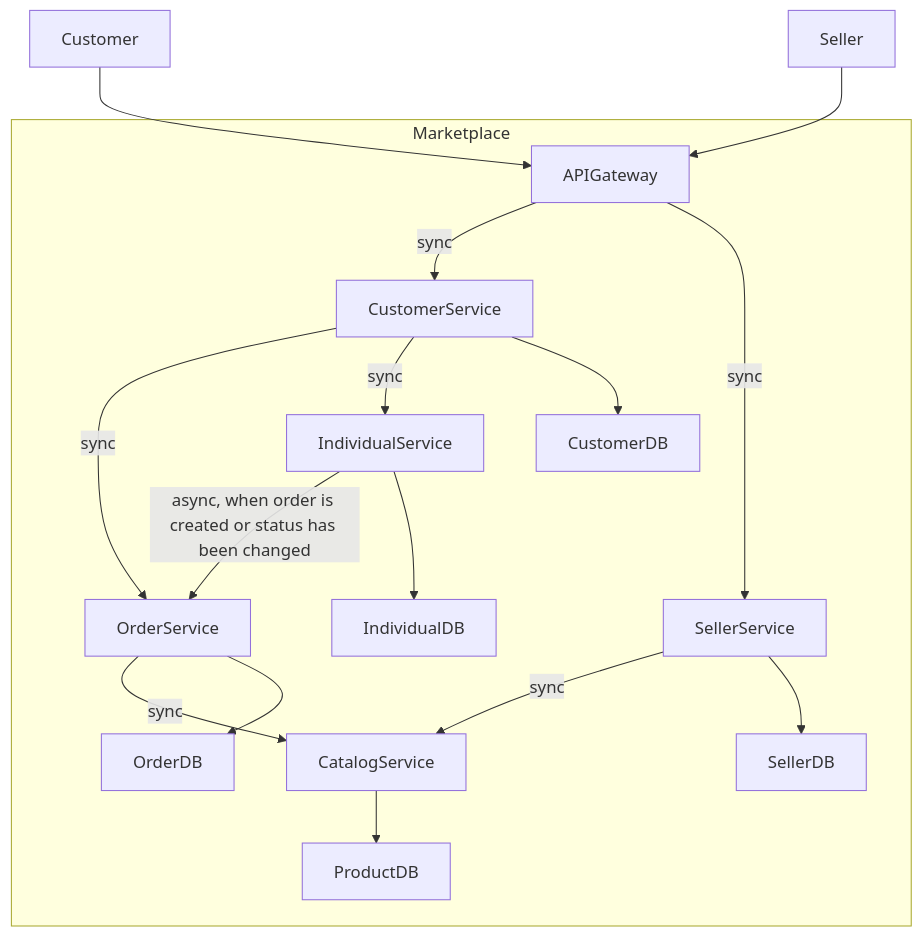
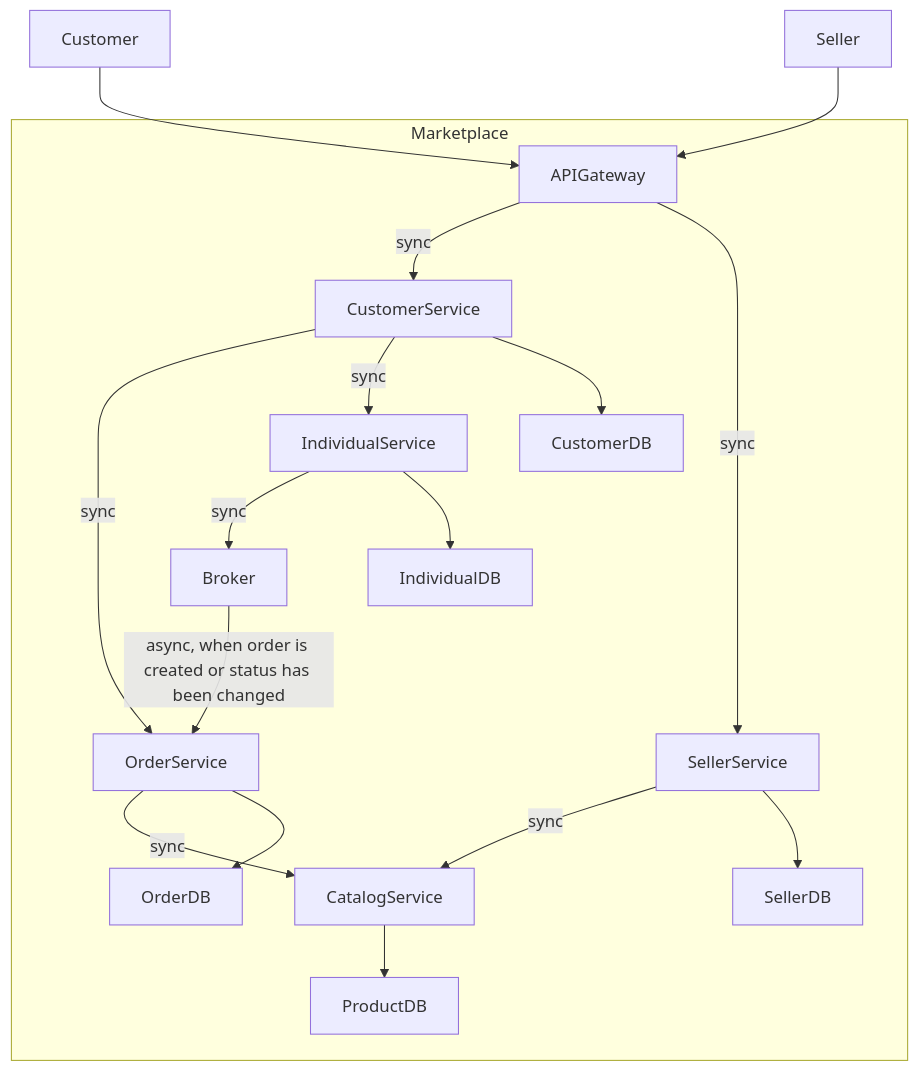
Before and after one commit to AlexeyDimitriev/MarketplaceArchitecture: the diagram in diagrams/architecture_alternative.md, drawn with Mermaid. The commit also changed 1 other file, not shown here.

Commit message:
feat: changed alternative architecture

````diff
--- a/diagrams/architecture_alternative.md
+++ b/diagrams/architecture_alternative.md
@@ -1,41 +1,44 @@
 ```mermaid
 graph TD
     %% Actors
     Customer
     Seller
 
     %% Services
     subgraph Marketplace ["Marketplace"]
         APIGateway
         OrderService
         OrderDB
         CustomerService
         CustomerDB
         SellerService
         SellerDB
 
         CatalogService
         ProductDB
         IndividualService
         IndividualDB
+
+        Broker
     end
 
     %% Relations
     Customer --> APIGateway
     Seller --> APIGateway
 
     APIGateway --> |sync| CustomerService
     APIGateway --> |sync| SellerService
     SellerService --> |sync| CatalogService
     CustomerService --> |sync| OrderService
     OrderService --> |sync| CatalogService
     CustomerService --> |sync| IndividualService
 
-    IndividualService --> |async, when order is created or status has been changed| OrderService
+    IndividualService --> |sync| Broker
+    Broker --> |async, when order is created or status has been changed| OrderService
 
     IndividualService --> IndividualDB
     CustomerService --> CustomerDB
     SellerService --> SellerDB
     CatalogService --> ProductDB
     OrderService --> OrderDB
 ```
````
